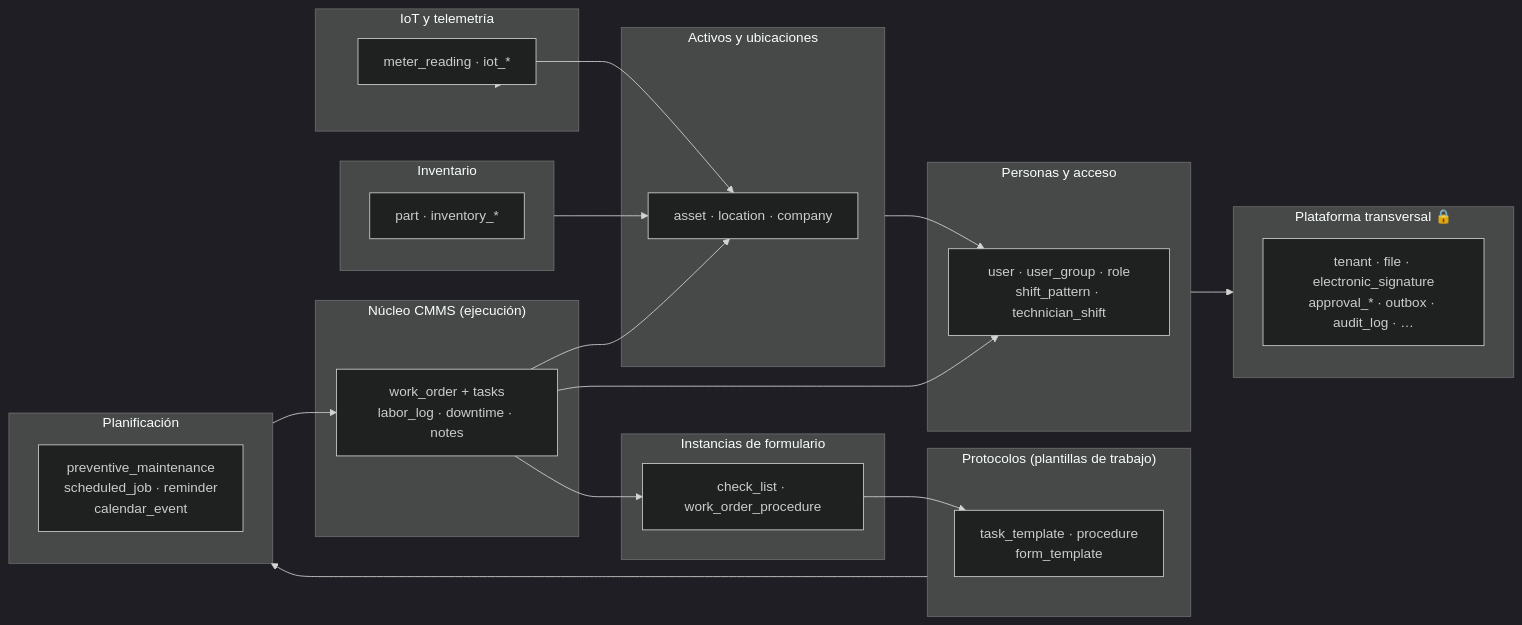
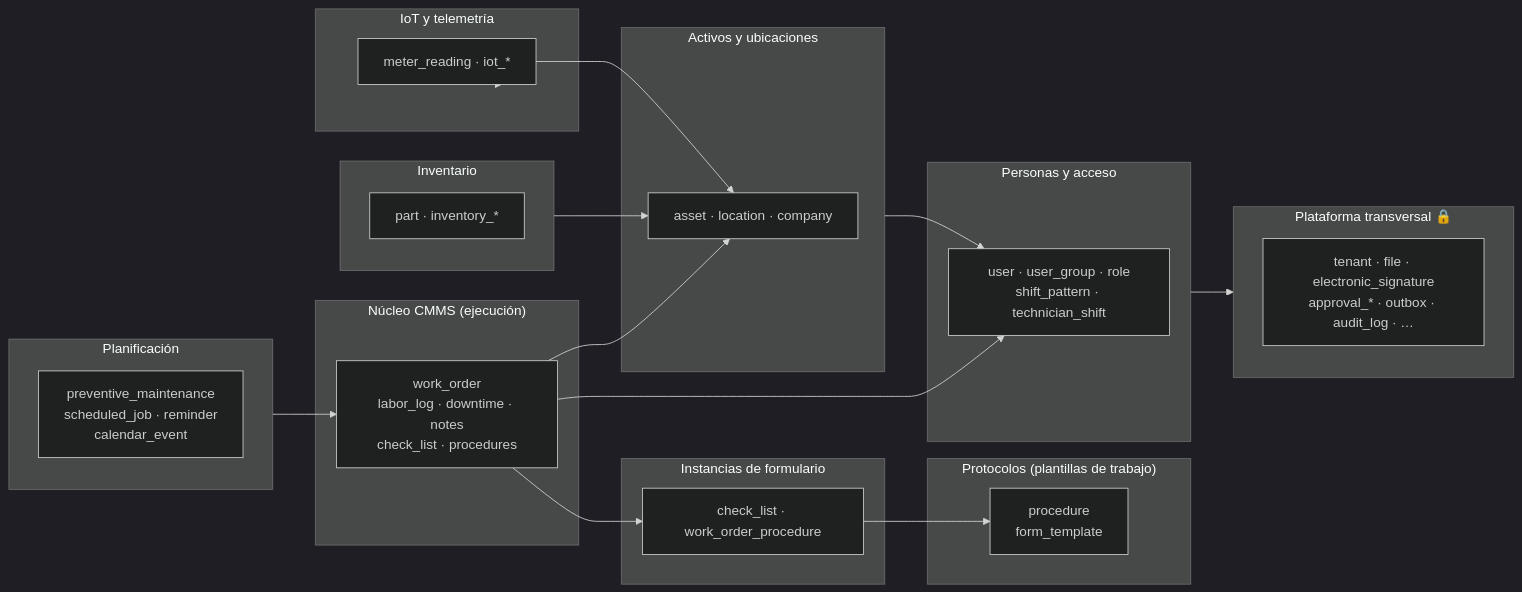
One commit to metritechnology/metri-engine changed the first of 5 diagrams in docs/reference/diagrama-modelo-datos.md. Above: the diagram before and after it, drawn with Mermaid (dark theme). The commit also changed other lines of this file and 8 other files, not shown here.

First line of the commit message:
refactor(modelos): retirar task_template — los procedimientos son el único protocolo

````diff
--- a/docs/reference/diagrama-modelo-datos.md
+++ b/docs/reference/diagrama-modelo-datos.md
@@ -24,42 +24,41 @@
 ```mermaid
 flowchart LR
     subgraph CMMS["Núcleo CMMS (ejecución)"]
-        WO["work_order + tasks<br/>labor_log · downtime · notes"]
+        WO["work_order<br/>labor_log · downtime · notes<br/>check_list · procedures"]
     end
     subgraph PLAN["Planificación"]
         PM["preventive_maintenance<br/>scheduled_job · reminder<br/>calendar_event"]
     end
     subgraph PROT["Protocolos (plantillas de trabajo)"]
-        TT["task_template · procedure<br/>form_template"]
+        TT["procedure<br/>form_template"]
     end
     subgraph EXEC["Instancias de formulario"]
         CL["check_list · work_order_procedure"]
     end
     subgraph ACT["Activos y ubicaciones"]
         AS["asset · location · company"]
     end
     subgraph INV["Inventario"]
         PART["part · inventory_*"]
     end
     subgraph IOT["IoT y telemetría"]
         METER["meter_reading · iot_*"]
     end
     subgraph PEOPLE["Personas y acceso"]
         U["user · user_group · role<br/>shift_pattern · technician_shift"]
     end
     subgraph PLAT["Plataforma transversal 🔒"]
         PF["tenant · file · electronic_signature<br/>approval_* · outbox · audit_log · …"]
     end
 
     WO --> AS
     WO --> U
     WO --> CL
     CL --> TT
     PLAN --> WO
-    PROT --> PLAN
     METER --> AS
     INV --> AS
     IOT --> METER
     ACT --> U
     PEOPLE --> PLAT
 ```
````
